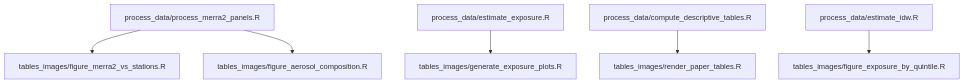
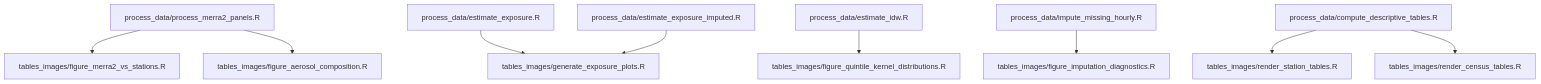
One commit to correia-marcos/air_quality changed the second of 2 diagrams in README.md. Above: the diagram before and after it, drawn with Mermaid. The commit also changed other lines of this file, not shown here.

````diff
--- a/README.md
+++ b/README.md
@@ -259,13 +307,18 @@
 ```mermaid
 flowchart TD
   MP["process_data/process_merra2_panels.R"]
   REG["process_data/estimate_exposure.R"]
+  EEI["process_data/estimate_exposure_imputed.R"]
+  IDW["process_data/estimate_idw.R"]
+  IMH["process_data/impute_missing_hourly.R"]
   DESC["process_data/compute_descriptive_tables.R"]
-  IDW["process_data/estimate_idw.R"]
 
   MP --> FM["tables_images/figure_merra2_vs_stations.R"]
   MP --> FA["tables_images/figure_aerosol_composition.R"]
   REG --> GE["tables_images/generate_exposure_plots.R"]
-  IDW --> FQ["tables_images/figure_exposure_by_quintile.R"]
-  DESC --> RT["tables_images/render_paper_tables.R"]
+  EEI --> GE
+  IDW --> FK["tables_images/figure_quintile_kernel_distributions.R"]
+  IMH --> FD["tables_images/figure_imputation_diagnostics.R"]
+  DESC --> ST["tables_images/render_station_tables.R"]
+  DESC --> CT["tables_images/render_census_tables.R"]
 ```
````
